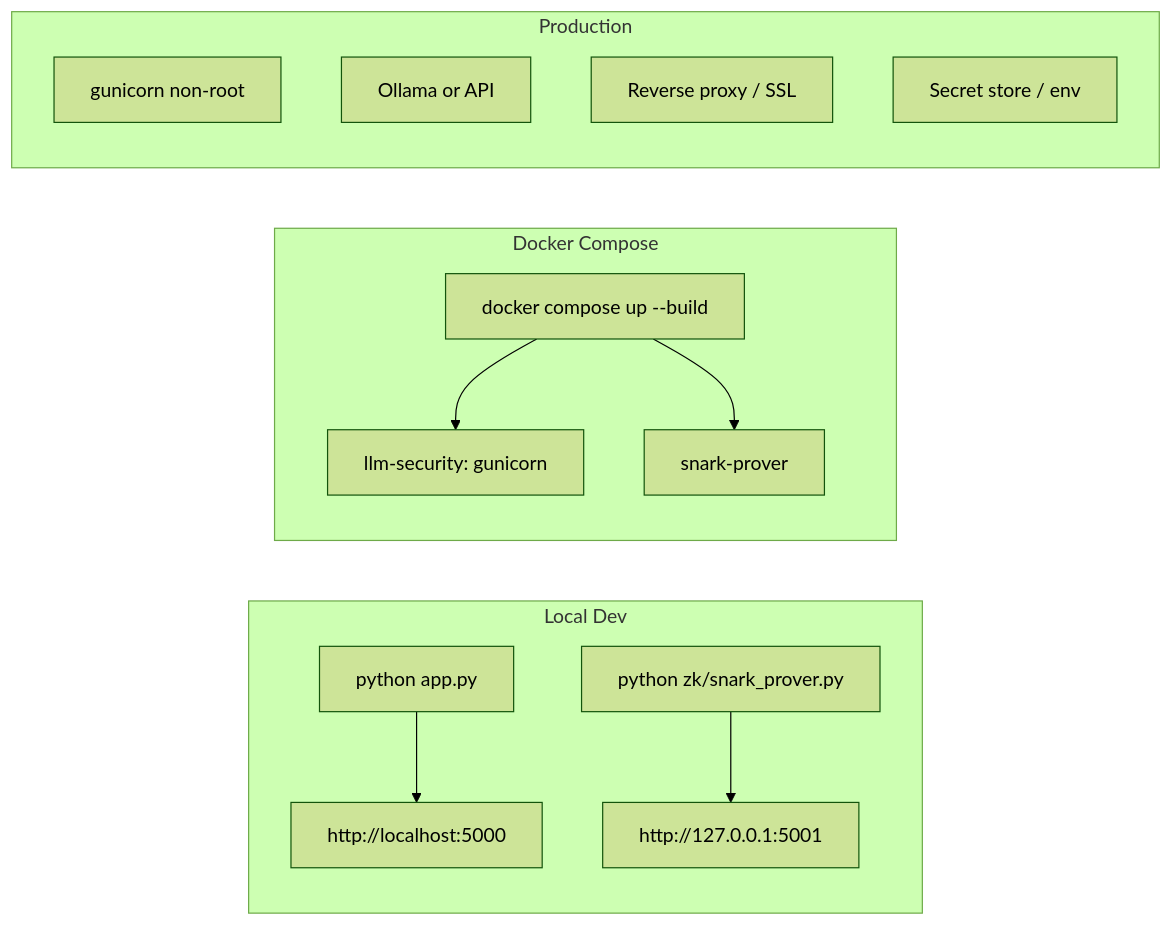
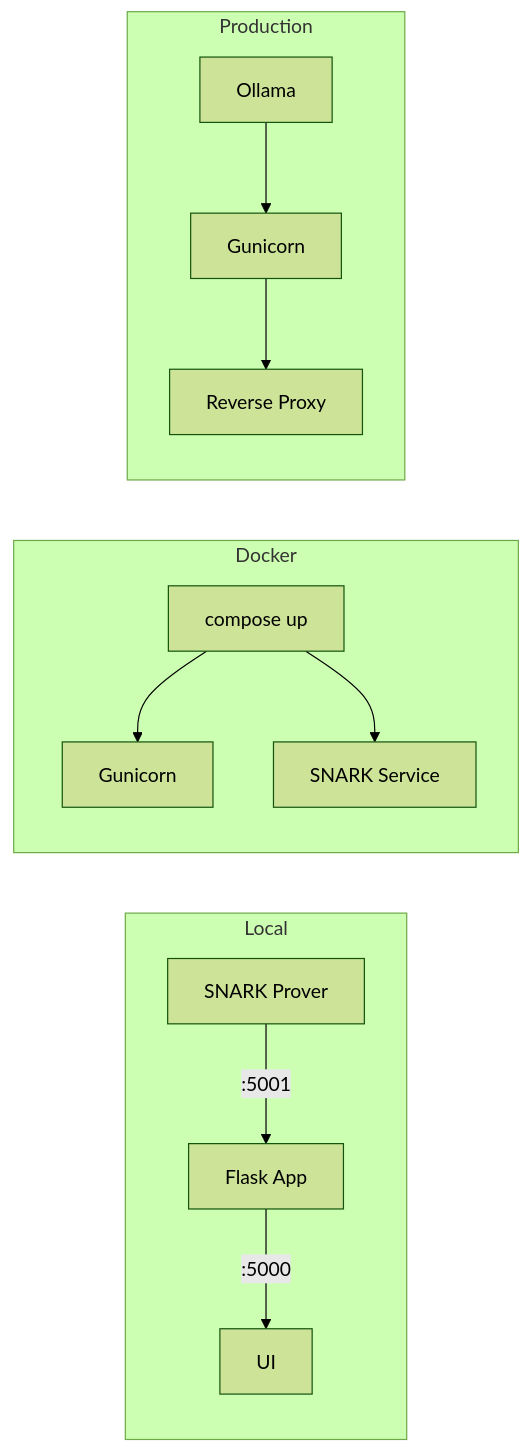
One commit to TakudzwaChoto/zkp-snarks changed the sixth of 6 diagrams in README.md. Above: the diagram before and after it, drawn with Mermaid (forest theme). The commit also changed other lines of this file, not shown here.

````diff
--- a/README.md
+++ b/README.md
@@ -168,18 +153,17 @@
 ```mermaid
 flowchart LR
-  subgraph Local Dev
-    L1[python app.py] --> UI1[http://localhost:5000]
-    L2[python zk/snark_prover.py] --> P1[http://127.0.0.1:5001]
+  subgraph Local
+    L1[Flask App] -->|:5000| UI
+    L2[SNARK Prover] -->|:5001| L1
   end
-  subgraph Docker Compose
-    C1[docker compose up --build]
-    C1 --> APP1[llm-security: gunicorn]
-    C1 --> PROV1[snark-prover]
+  
+  subgraph Docker
+    C1[compose up] --> APP[Gunicorn]
+    C1 --> PROVER[SNARK Service]
   end
+  
   subgraph Production
-    P2[gunicorn non‑root]
-    P3[Ollama or API]
-    P4[Reverse proxy / SSL]
-    P5[Secret store / env]
+    P1[Gunicorn] --> P2[Reverse Proxy]
+    P3[Ollama] --> P1
   end
 ```
````
